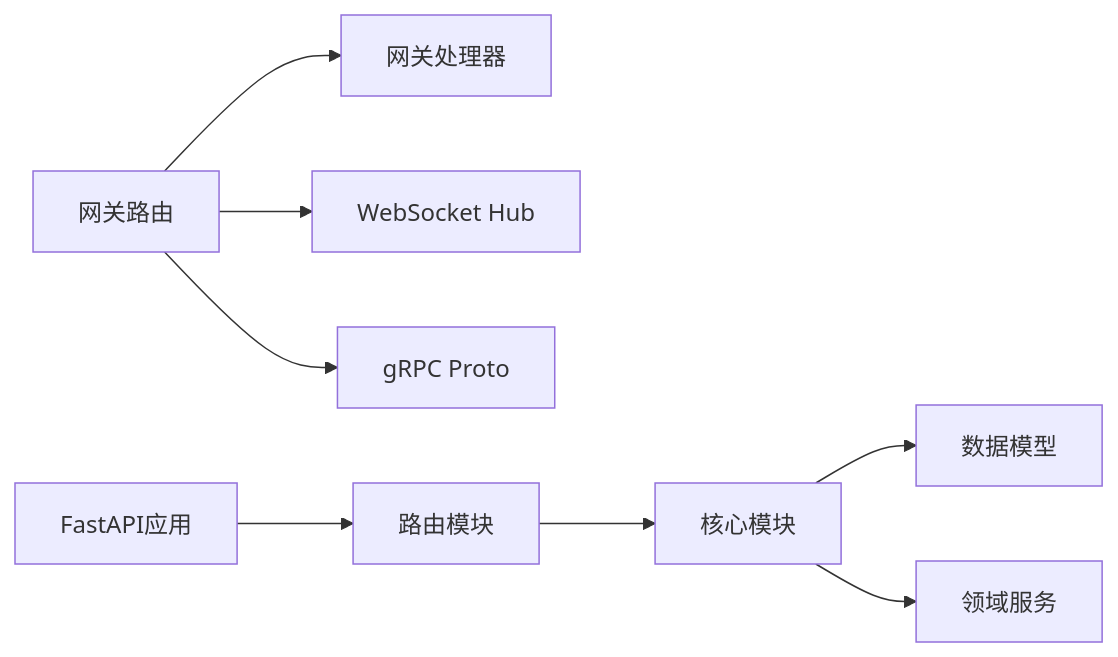
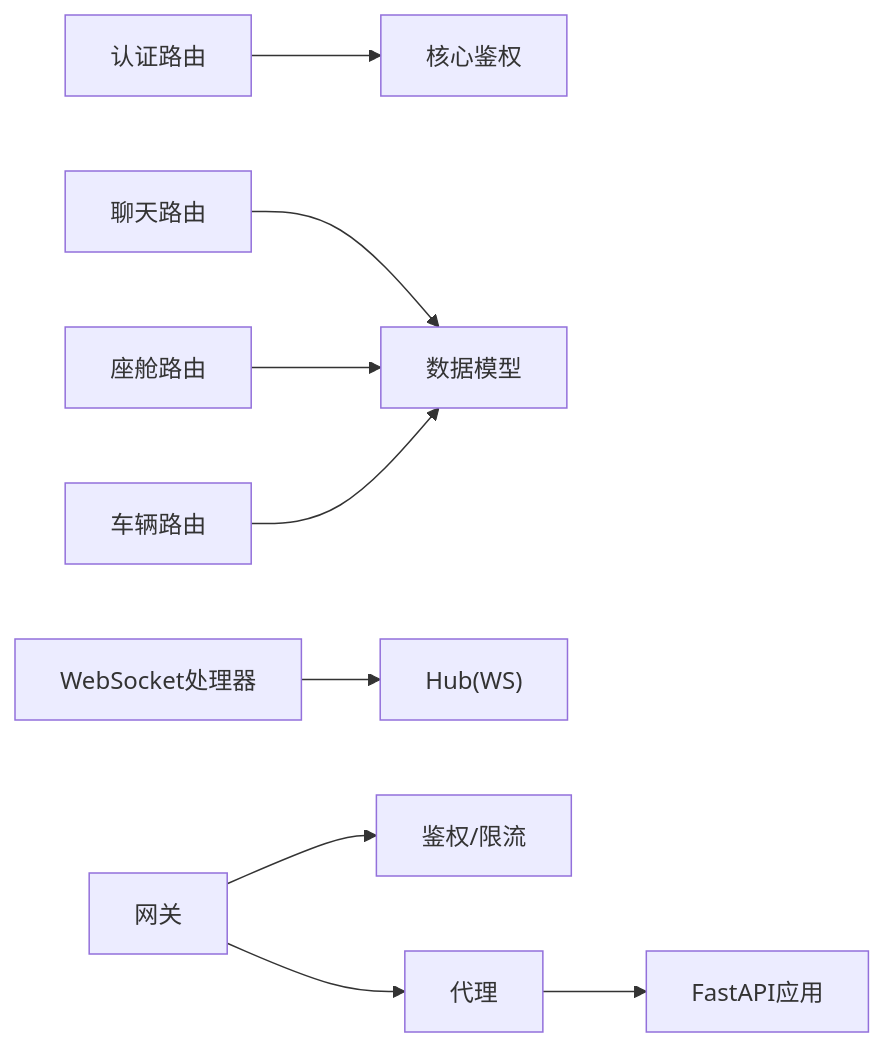
Before and after one commit to zmdhdu/NexusCockpit: the fourth of 4 diagrams in .qoder/repowiki/zh/content/API接口文档/API接口文档.md, drawn with Mermaid. The commit also changed other lines of this file and 478 other files, not shown here.

````diff
--- a/.qoder/repowiki/zh/content/API接口文档/API接口文档.md
+++ b/.qoder/repowiki/zh/content/API接口文档/API接口文档.md
@@ -348,10 +280,11 @@
 ```mermaid
 graph LR
-Router["网关路由"] --> Handlers["网关处理器"]
-Router --> WS_Hub["WebSocket Hub"]
-Router --> GRPC["gRPC Proto"]
-App["FastAPI应用"] --> Routes["路由模块"]
-Routes --> Core["核心模块"]
-Core --> Models["数据模型"]
-Core --> Services["领域服务"]
+AuthRoute["认证路由"] --> CoreAuth["核心鉴权"]
+ChatRoute["聊天路由"] --> Schemas["数据模型"]
+CockpitRoute["座舱路由"] --> Schemas
+VehicleRoute["车辆路由"] --> Schemas
+WSHandler["WebSocket处理器"] --> Hub["Hub(WS)"]
+Gateway["网关"] --> Auth["鉴权/限流"]
+Gateway --> Proxy["代理"]
+Proxy --> App["FastAPI应用"]
 ```
````
